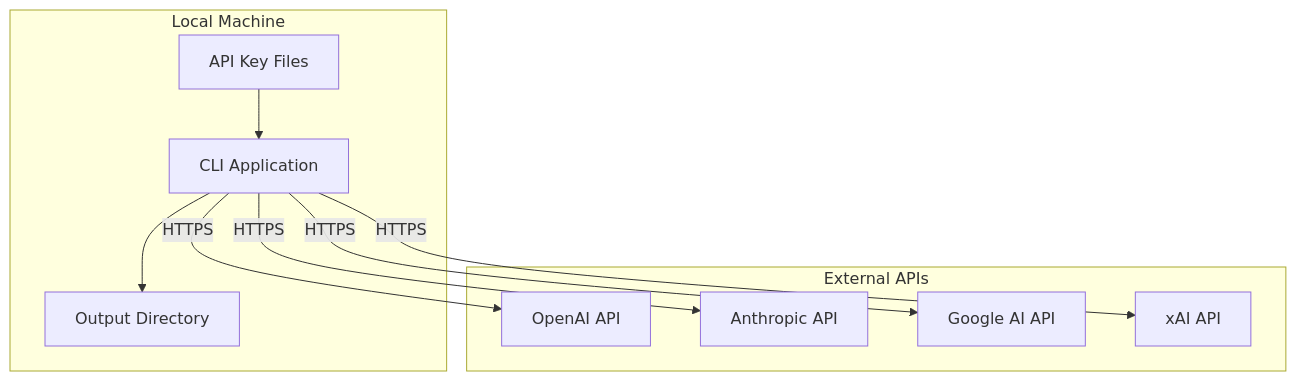
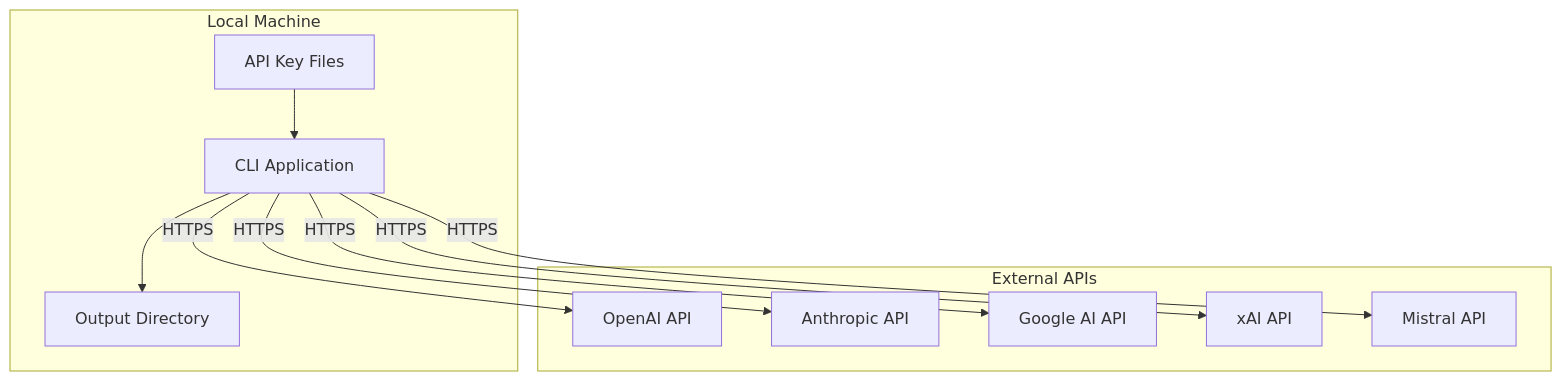
One commit to rondilley/llm_compare changed diagram 19 of 19 in docs/ARCHITECTURE.md. Above: the diagram before and after it, drawn with Mermaid. The commit also changed other lines of this file and 2 other files, not shown here.

````diff
--- a/docs/ARCHITECTURE.md
+++ b/docs/ARCHITECTURE.md
@@ -689,23 +702,25 @@
 ```mermaid
 flowchart TB
     subgraph Local["Local Machine"]
         CLI_APP[CLI Application]
         KEYS[API Key Files]
         OUT[Output Directory]
     end
 
     subgraph External["External APIs"]
         OAI_API[OpenAI API]
         ANT_API[Anthropic API]
         GOO_API[Google AI API]
         XAI_API[xAI API]
+        MIS_API[Mistral API]
     end
 
     CLI_APP --> |HTTPS| OAI_API
     CLI_APP --> |HTTPS| ANT_API
     CLI_APP --> |HTTPS| GOO_API
     CLI_APP --> |HTTPS| XAI_API
+    CLI_APP --> |HTTPS| MIS_API
 
     KEYS --> CLI_APP
     CLI_APP --> OUT
 ```
````
